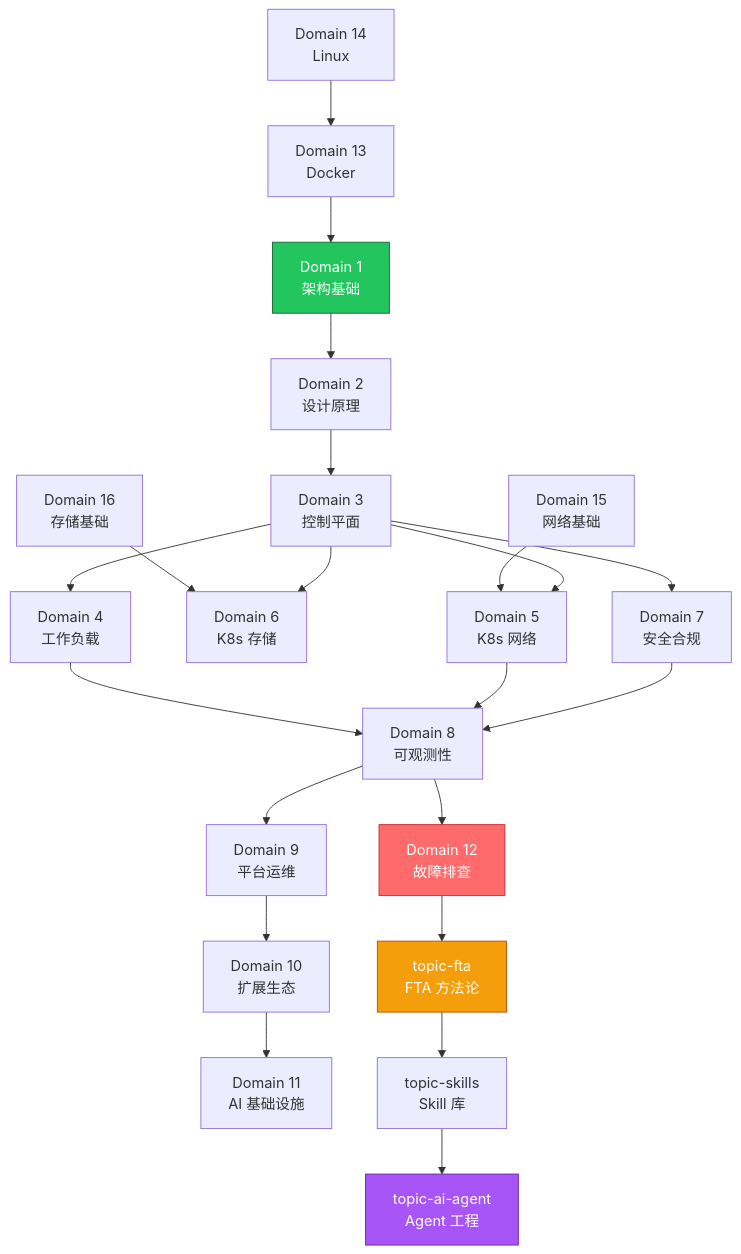
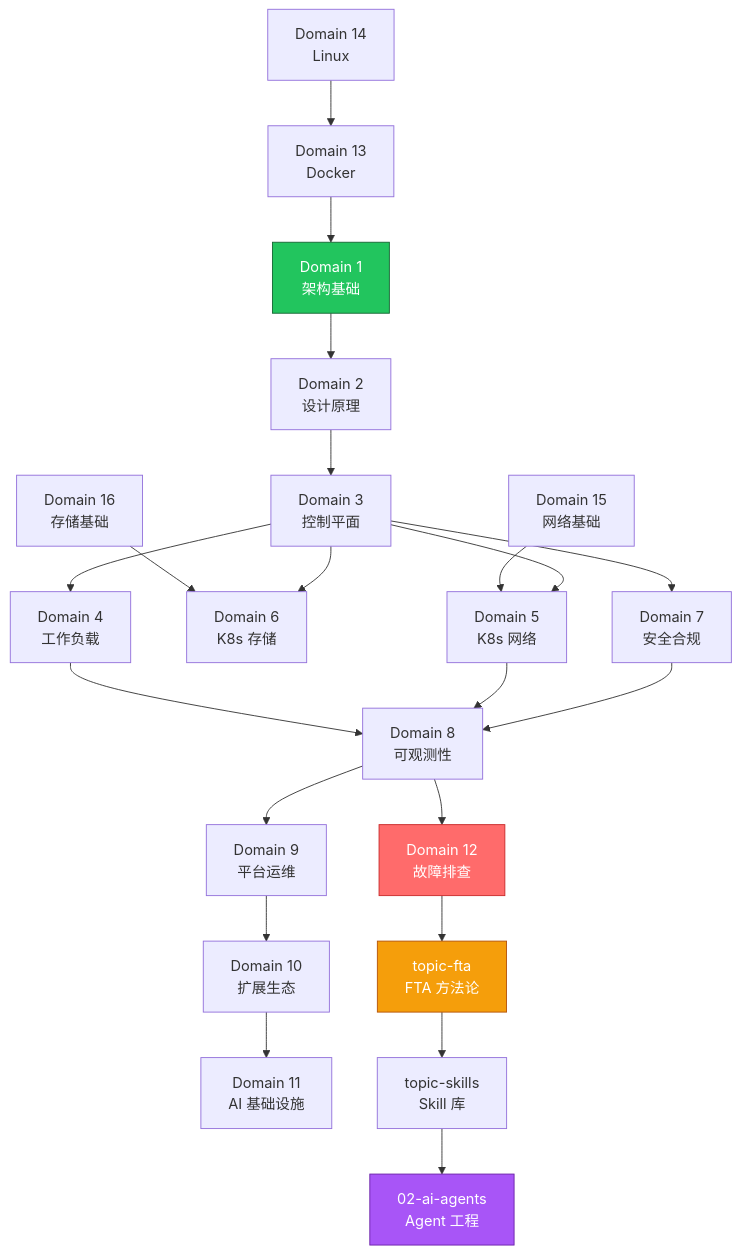
One commit to kudig-io/kudig-database changed the second of 2 diagrams in .zread/wiki/drafts/1-xiang-mu-zong-lan-kudig-database-quan-yu-zhi-shi-ku.md. Above: the diagram before and after it, drawn with Mermaid. The commit also changed other lines of this file and 299 other files, not shown here.

````diff
--- a/.zread/wiki/drafts/1-xiang-mu-zong-lan-kudig-database-quan-yu-zhi-shi-ku.md
+++ b/.zread/wiki/drafts/1-xiang-mu-zong-lan-kudig-database-quan-yu-zhi-shi-ku.md
@@ -140,33 +140,33 @@
 ```mermaid
 graph TD
     LINUX["Domain 14<br/>Linux"] --> DOCKER["Domain 13<br/>Docker"]
     NET_F["Domain 15<br/>网络基础"] --> K8S_NET["Domain 5<br/>K8s 网络"]
     STORE_F["Domain 16<br/>存储基础"] --> K8S_STORE["Domain 6<br/>K8s 存储"]
 
     DOCKER --> ARCH["Domain 1<br/>架构基础"]
     ARCH --> DESIGN["Domain 2<br/>设计原理"]
     DESIGN --> CTRL["Domain 3<br/>控制平面"]
 
     CTRL --> WORKLOAD["Domain 4<br/>工作负载"]
     CTRL --> K8S_NET
     CTRL --> K8S_STORE
     CTRL --> SEC["Domain 7<br/>安全合规"]
 
     WORKLOAD --> OBS["Domain 8<br/>可观测性"]
     K8S_NET --> OBS
     SEC --> OBS
 
     OBS --> PLAT["Domain 9<br/>平台运维"]
     PLAT --> EXT["Domain 10<br/>扩展生态"]
     EXT --> AI["Domain 11<br/>AI 基础设施"]
 
     OBS --> TS["Domain 12<br/>故障排查"]
     TS --> FTA["topic-fta<br/>FTA 方法论"]
     FTA --> SKILLS["topic-skills<br/>Skill 库"]
-    SKILLS --> AGENT["topic-ai-agent<br/>Agent 工程"]
+    SKILLS --> AGENT["02-ai-agents<br/>Agent 工程"]
 
     style ARCH fill:#22c55e,stroke:#166534,color:#fff
     style TS fill:#ff6b6b,stroke:#c92a2a,color:#fff
     style FTA fill:#f59e0b,stroke:#b45309,color:#fff
     style AGENT fill:#a855f7,stroke:#6b21a8,color:#fff
 ```
````
